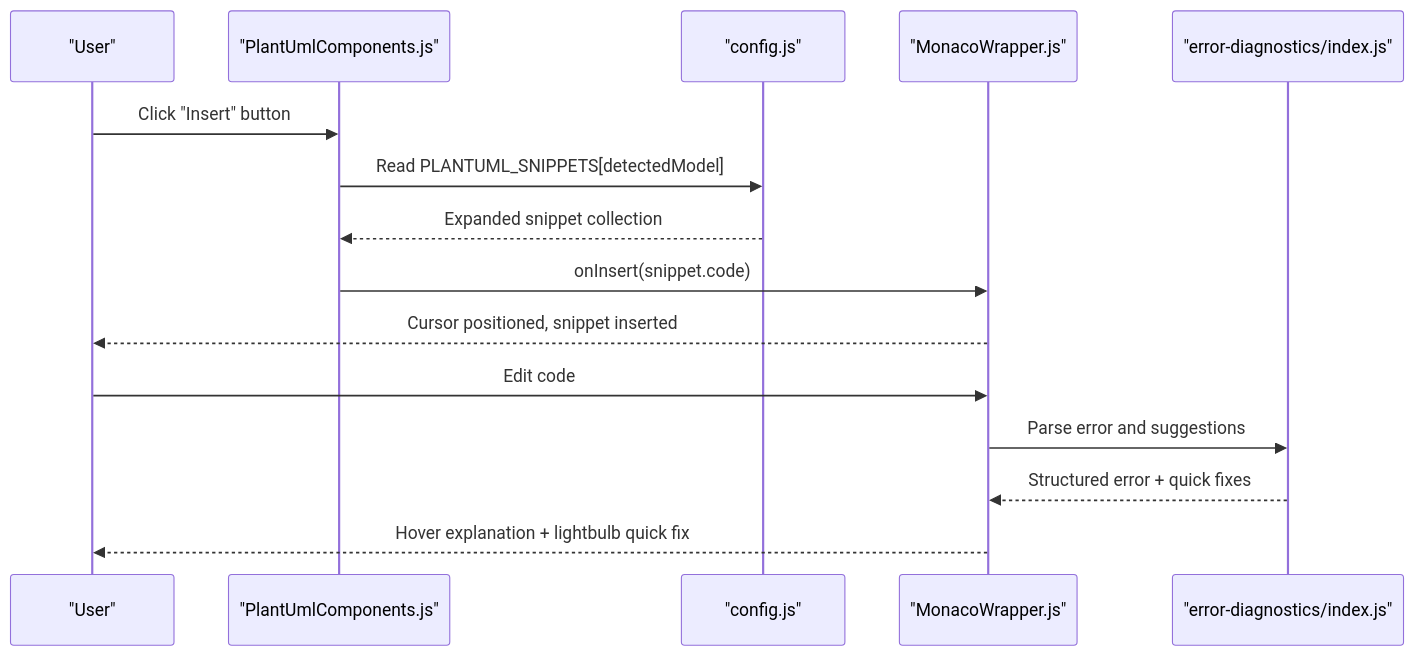
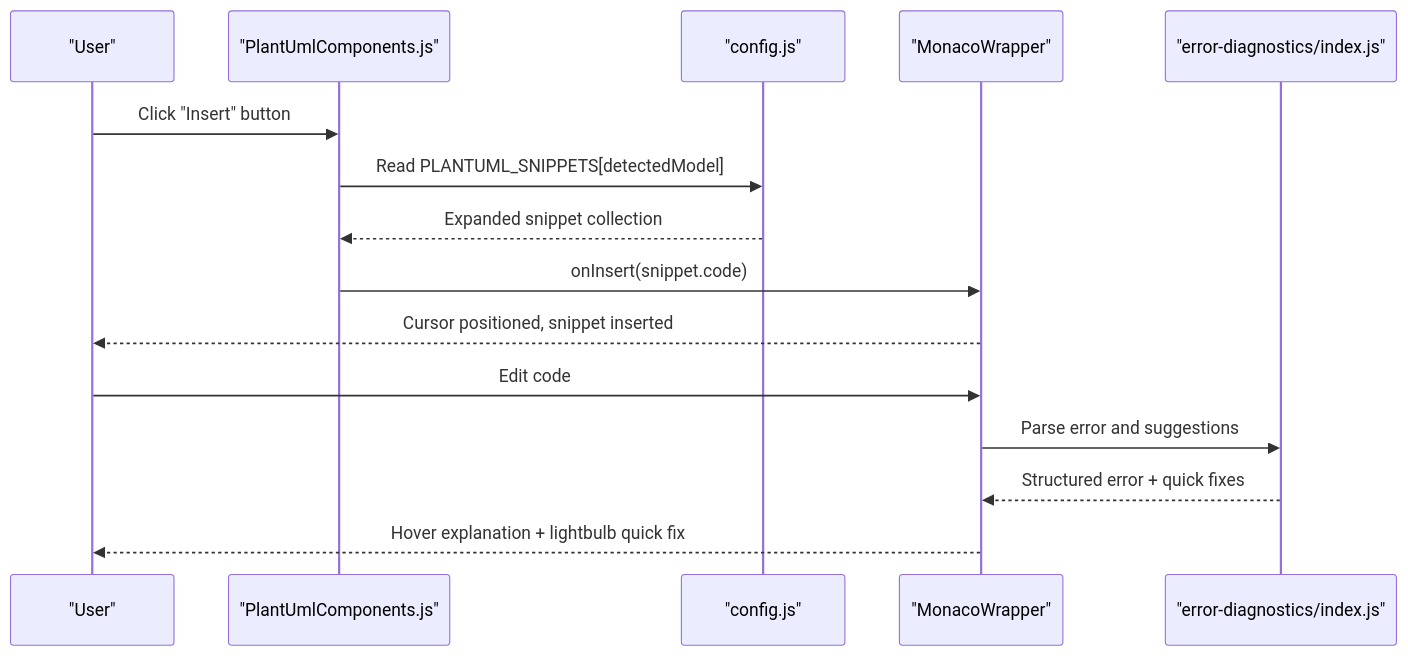
The second of 8 diagrams in .qoder/repowiki/en/content/Template System and Snippets.md (ongchonghian/universal-diagram-editor), drawn with Mermaid before and after one commit. The commit also changed other lines of this file and 31 other files, not shown here.

````diff
--- a/.qoder/repowiki/en/content/Template System and Snippets.md
+++ b/.qoder/repowiki/en/content/Template System and Snippets.md
@@ -166,17 +151,17 @@
 ```mermaid
 sequenceDiagram
 participant User as "User"
 participant PUC as "PlantUmlComponents.js"
 participant CFG as "config.js"
-participant MW as "MonacoWrapper.js"
+participant MW as "MonacoWrapper"
 participant EDI as "error-diagnostics/index.js"
 User->>PUC : Click "Insert" button
 PUC->>CFG : Read PLANTUML_SNIPPETS[detectedModel]
 CFG-->>PUC : Expanded snippet collection
 PUC->>MW : onInsert(snippet.code)
 MW-->>User : Cursor positioned, snippet inserted
 User->>MW : Edit code
 MW->>EDI : Parse error and suggestions
 EDI-->>MW : Structured error + quick fixes
 MW-->>User : Hover explanation + lightbulb quick fix
 ```
````
